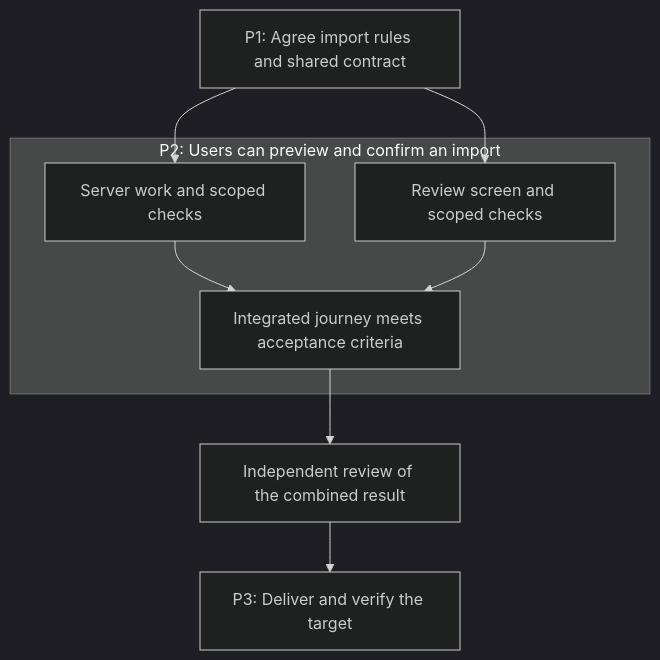
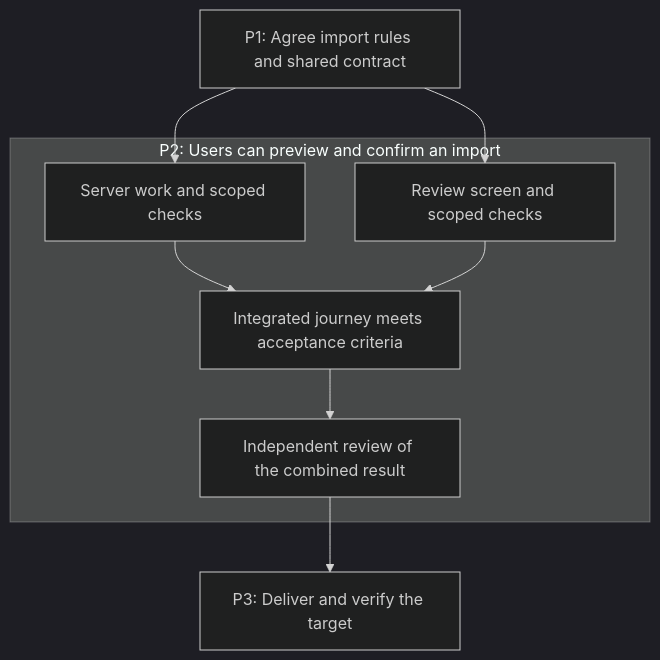
One commit to bobalazek/skills changed the second of 3 diagrams in docs/workflows.md. Above: the diagram before and after it, drawn with Mermaid (dark theme). The commit also changed other lines of this file and 11 other files, not shown here.

````diff
--- a/docs/workflows.md
+++ b/docs/workflows.md
@@ -69,11 +101,11 @@
 ```mermaid
 flowchart TD
   P1["P1: Agree import rules and shared contract"] --> API
   P1 --> UI
   subgraph P2["P2: Users can preview and confirm an import"]
     API["Server work and scoped checks"] --> Join["Integrated journey meets acceptance criteria"]
     UI["Review screen and scoped checks"] --> Join
+    Join --> Review["Independent review of the combined result"]
   end
-  Join --> Review["Independent review of the combined result"]
   Review --> P3["P3: Deliver and verify the target"]
 ```
````
